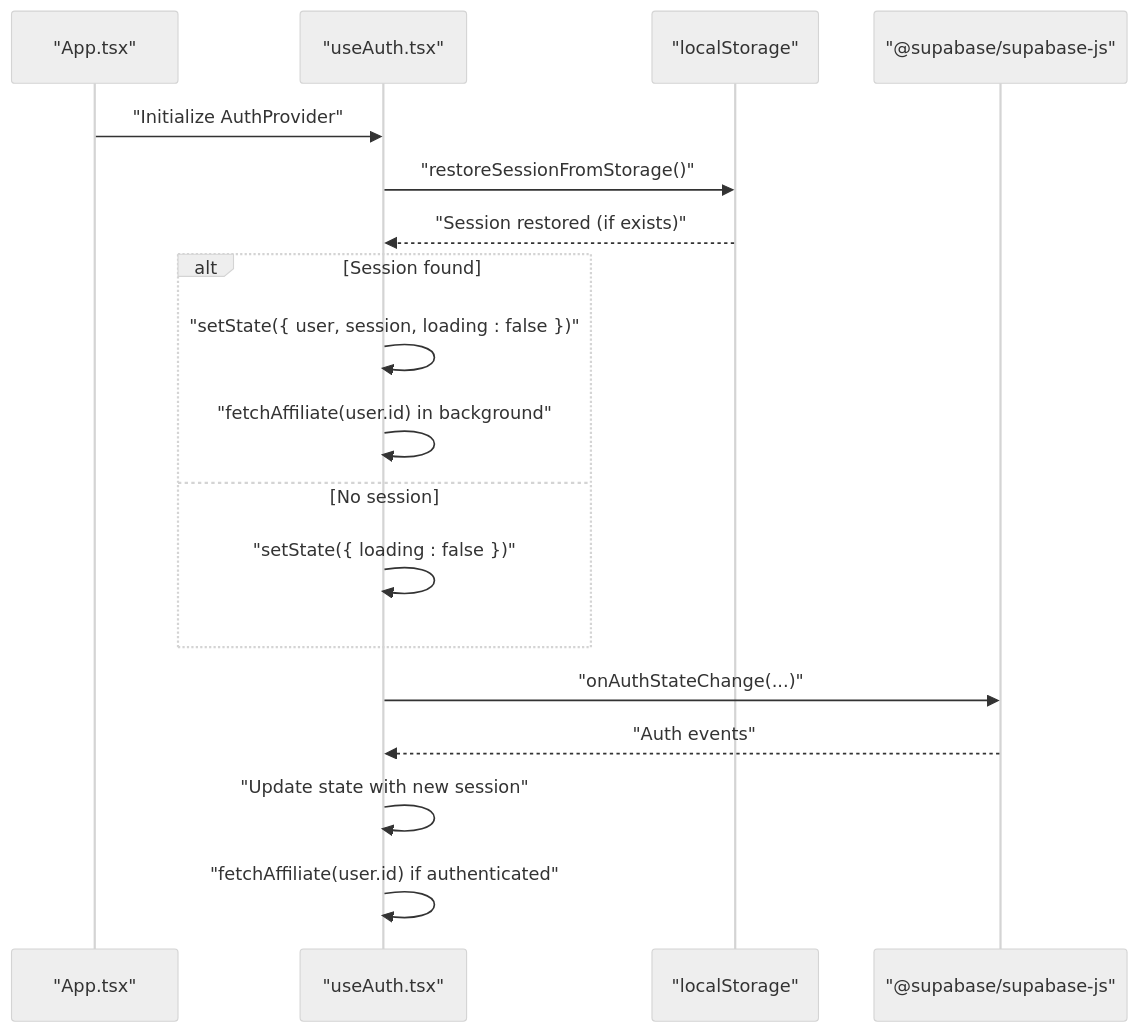
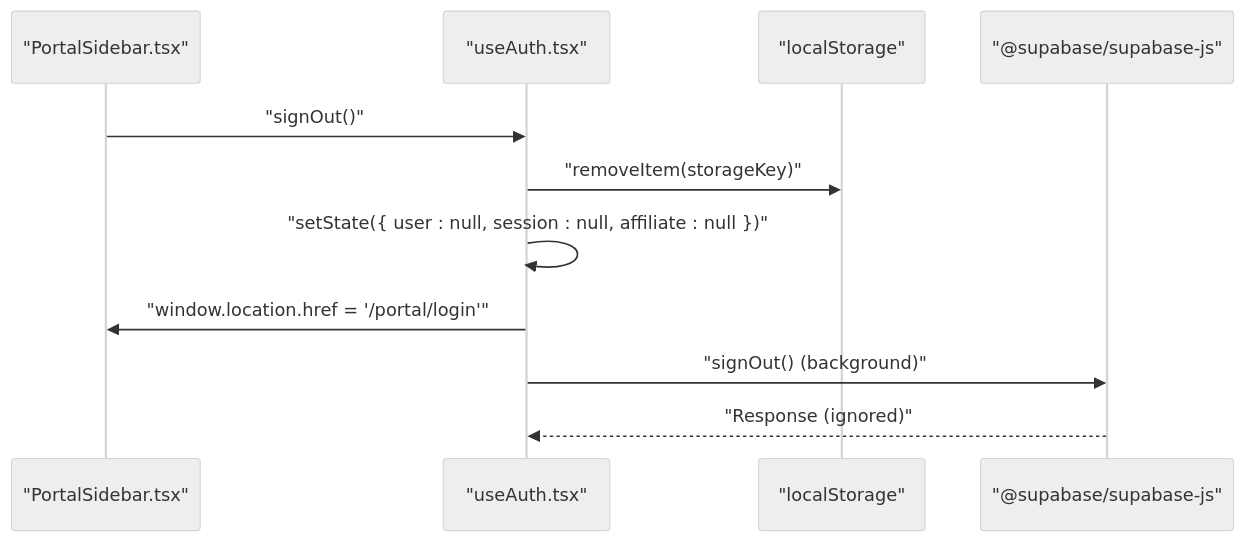
The fourth of 6 diagrams in .qoder/repowiki/en/content/State Management.md (Hawky1/ryland), drawn with Mermaid (neutral theme) before and after one commit. The commit also changed other lines of this file and 4 other files, not shown here.

Commit message:
Fix calendar: bypass Supabase SDK AbortError by using direct fetch for edge functions

````diff
--- a/.qoder/repowiki/en/content/State Management.md
+++ b/.qoder/repowiki/en/content/State Management.md
@@ -199,20 +215,13 @@
 ```mermaid
 sequenceDiagram
-participant App as "App.tsx"
-participant Provider as "useAuth.tsx"
+participant UI as "PortalSidebar.tsx"
+participant Auth as "useAuth.tsx"
 participant Storage as "localStorage"
 participant Supabase as "@supabase/supabase-js"
-App->>Provider : "Initialize AuthProvider"
-Provider->>Storage : "restoreSessionFromStorage()"
-Storage-->>Provider : "Session restored (if exists)"
-alt Session found
-Provider->>Provider : "setState({ user, session, loading : false })"
-Provider->>Provider : "fetchAffiliate(user.id) in background"
-else No session
-Provider->>Provider : "setState({ loading : false })"
-end
-Provider->>Supabase : "onAuthStateChange(...)"
-Supabase-->>Provider : "Auth events"
-Provider->>Provider : "Update state with new session"
-Provider->>Provider : "fetchAffiliate(user.id) if authenticated"
+UI->>Auth : "signOut()"
+Auth->>Storage : "removeItem(storageKey)"
+Auth->>Auth : "setState({ user : null, session : null, affiliate : null })"
+Auth->>UI : "window.location.href = '/portal/login'"
+Auth->>Supabase : "signOut() (background)"
+Supabase-->>Auth : "Response (ignored)"
 ```
````
